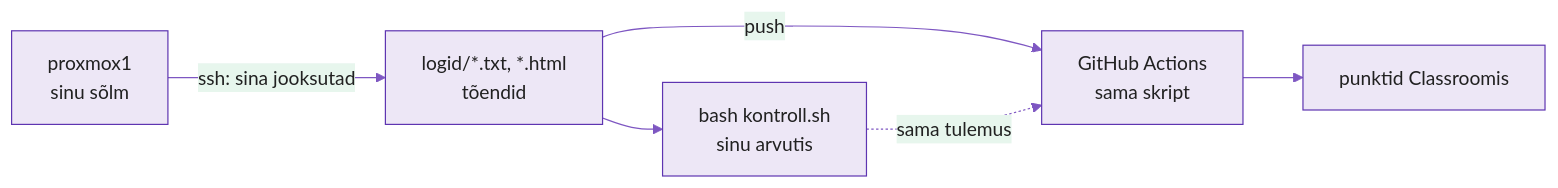
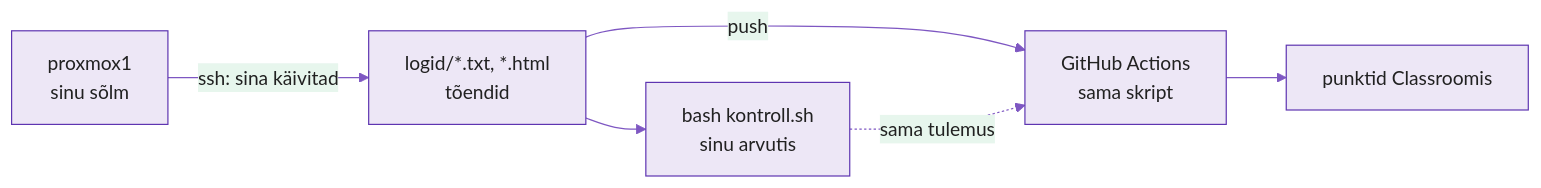
One commit to hkhk-automation/devops changed diagram 11 of 11 in docs/week04/lab.md. Above: the diagram before and after it, drawn with Mermaid. The commit also changed other lines of this file and 5 other files, not shown here.

````diff
--- a/docs/week04/lab.md
+++ b/docs/week04/lab.md
@@ -852,9 +858,9 @@
 ```mermaid
 %%{init: {'theme':'base','themeVariables':{'primaryColor':'#ede7f6','primaryBorderColor':'#5e35b1','primaryTextColor':'#212121','lineColor':'#7e57c2'}}}%%
 graph LR
-    N["proxmox1<br/>sinu sõlm"] -->|"ssh: sina jooksutad"| T["logid/*.txt, *.html<br/>tõendid"]
+    N["proxmox1<br/>sinu sõlm"] -->|"ssh: sina käivitad"| T["logid/*.txt, *.html<br/>tõendid"]
     T --> A["bash kontroll.sh<br/>sinu arvutis"]
     T -->|"push"| G["GitHub Actions<br/>sama skript"]
     A -.->|"sama tulemus"| G
     G --> S["punktid Classroomis"]
 ```
````
